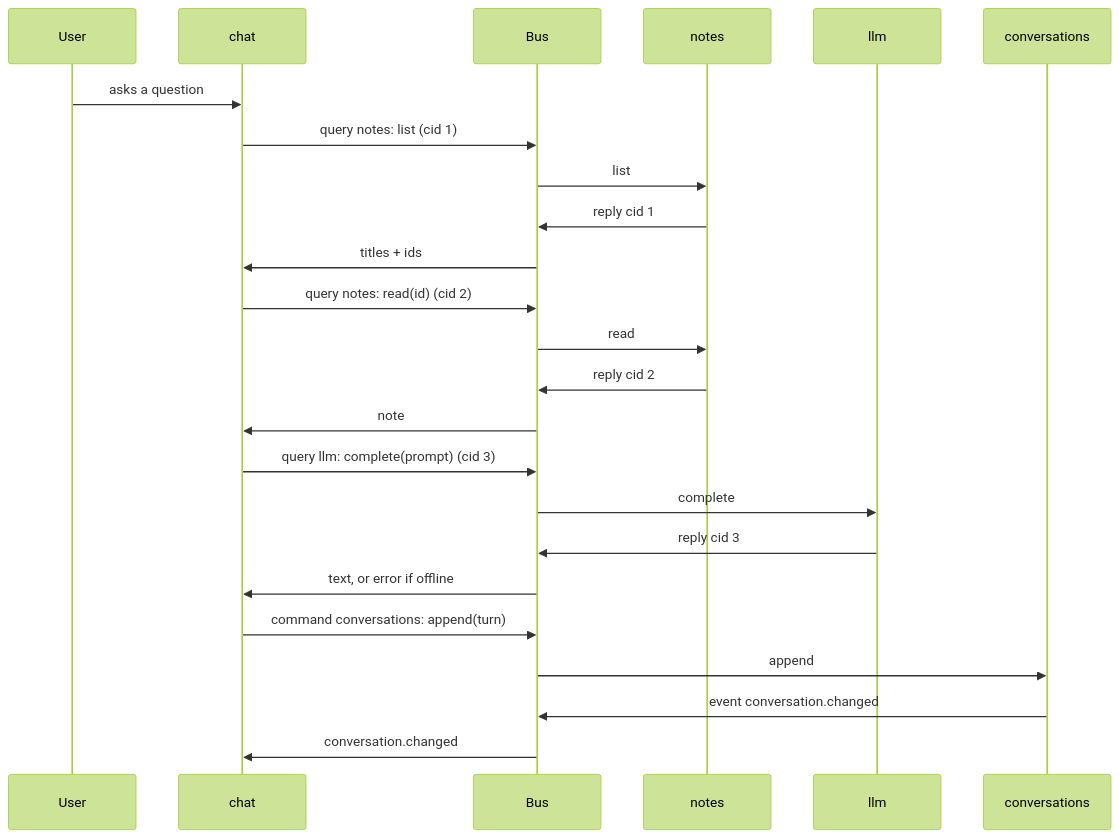
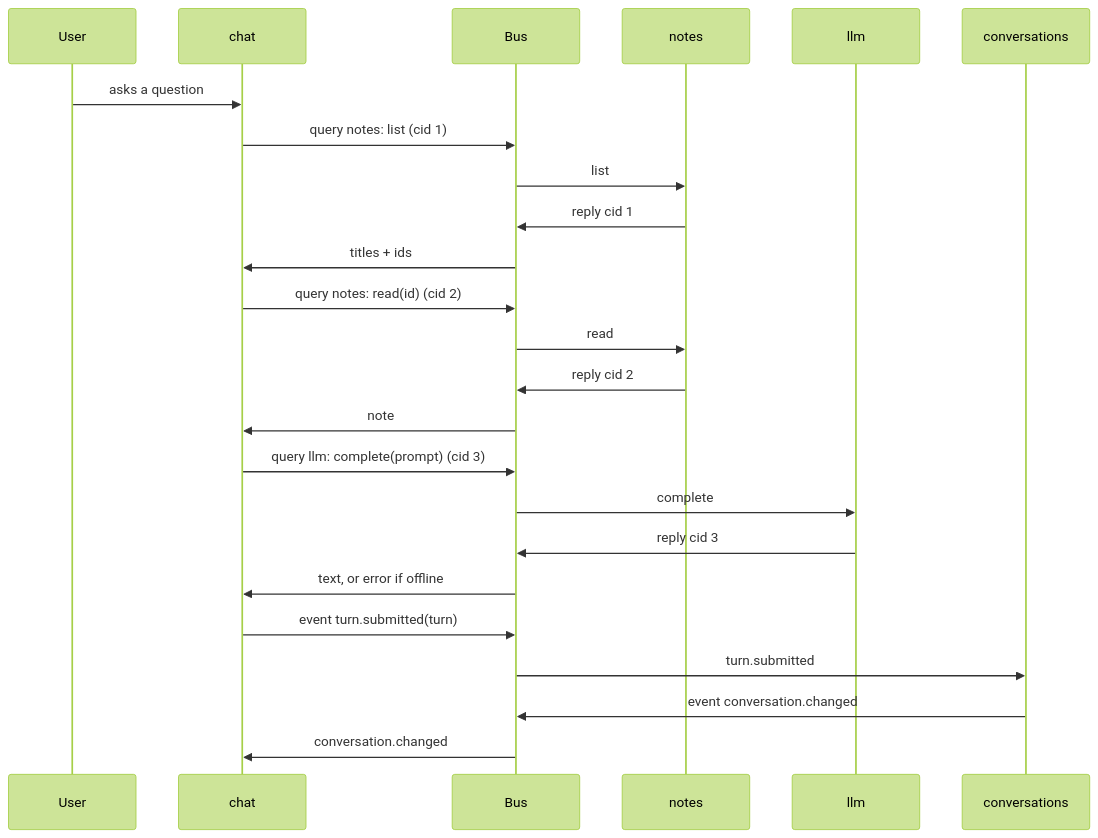
One commit to maciekkreft/unblent changed the fourth of 4 diagrams in architecture.md. Above: the diagram before and after it, drawn with Mermaid (forest theme). The commit also changed other lines of this file and 23 other files, not shown here.

````diff
--- a/architecture.md
+++ b/architecture.md
@@ -221,27 +223,27 @@
 ```mermaid
 sequenceDiagram
     participant U as User
     participant C as chat
     participant B as Bus
     participant N as notes
     participant L as llm
     participant V as conversations
 
     U->>C: asks a question
     C->>B: query notes: list (cid 1)
     B->>N: list
     N->>B: reply cid 1
     B->>C: titles + ids
     C->>B: query notes: read(id) (cid 2)
     B->>N: read
     N->>B: reply cid 2
     B->>C: note
     C->>B: query llm: complete(prompt) (cid 3)
     B->>L: complete
     L->>B: reply cid 3
     B->>C: text, or error if offline
-    C->>B: command conversations: append(turn)
-    B->>V: append
+    C->>B: event turn.submitted(turn)
+    B->>V: turn.submitted
     V->>B: event conversation.changed
     B->>C: conversation.changed
 ```
````
